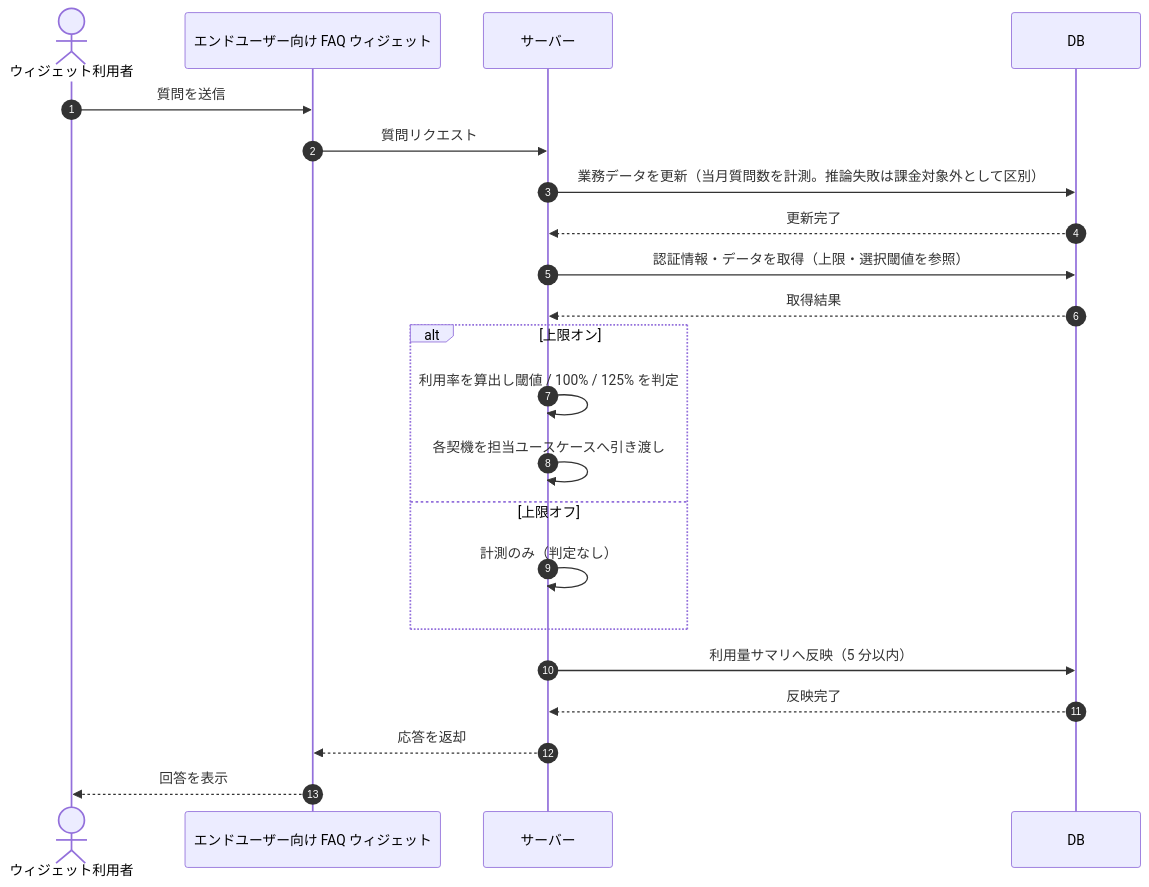
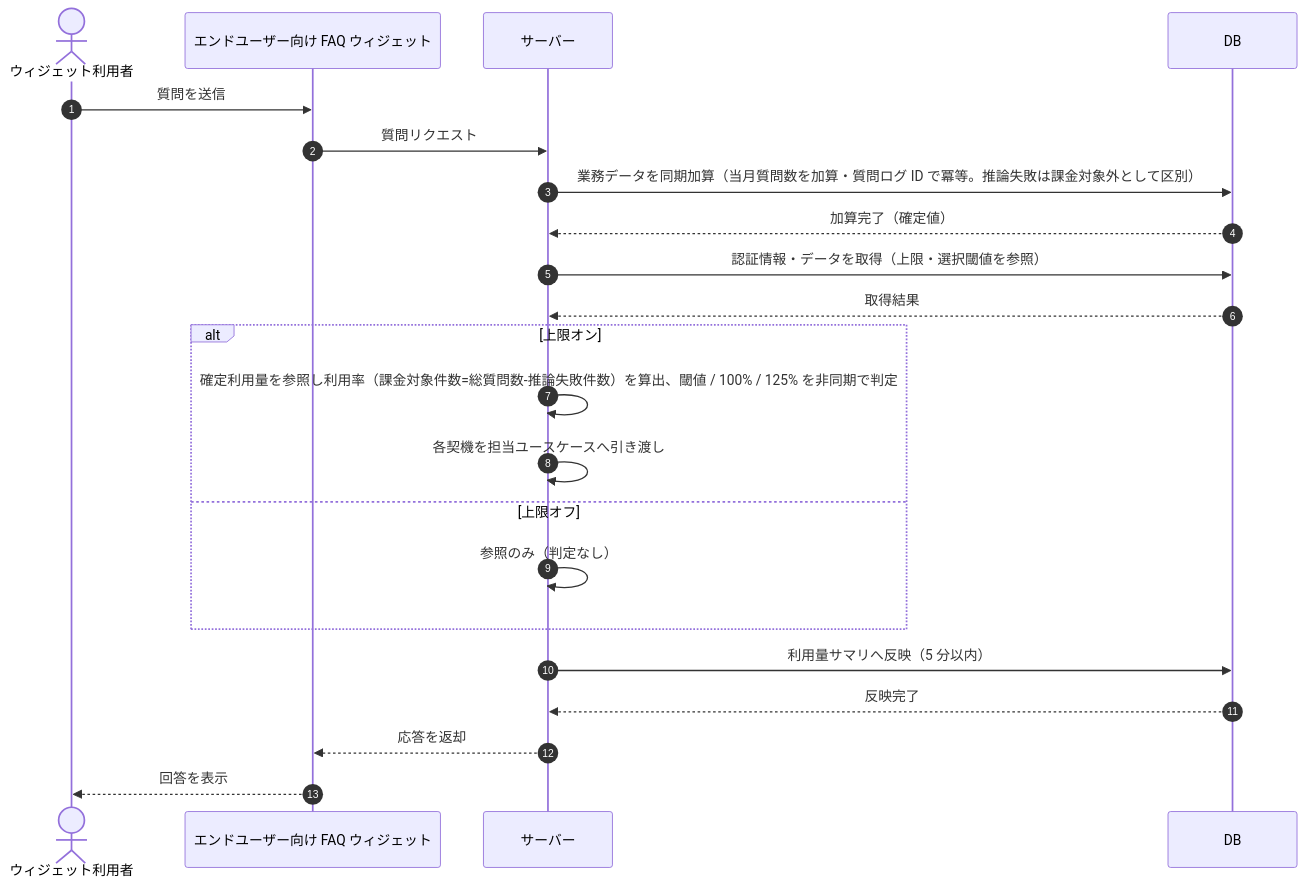
One commit to sikakou54/open-faq changed the diagram in 02_basic_design/03_sequences/SEQ-096.md. Above: the diagram before and after it, drawn with Mermaid. The commit also changed other lines of this file and 29 other files, not shown here.

````diff
--- a/02_basic_design/03_sequences/SEQ-096.md
+++ b/02_basic_design/03_sequences/SEQ-096.md
@@ -15,24 +15,24 @@
 ```mermaid
 sequenceDiagram
   autonumber
   actor U as ウィジェット利用者
   participant Screen as エンドユーザー向け FAQ ウィジェット
   participant Server as サーバー
   participant DB as DB
   U->>Screen: 質問を送信
   Screen->>Server: 質問リクエスト
-  Server->>DB: 業務データを更新（当月質問数を計測。推論失敗は課金対象外として区別）
-  DB-->>Server: 更新完了
+  Server->>DB: 業務データを同期加算（当月質問数を加算・質問ログ ID で冪等。推論失敗は課金対象外として区別）
+  DB-->>Server: 加算完了（確定値）
   Server->>DB: 認証情報・データを取得（上限・選択閾値を参照）
   DB-->>Server: 取得結果
   alt 上限オン
-    Server->>Server: 利用率を算出し閾値 / 100% / 125% を判定
+    Server->>Server: 確定利用量を参照し利用率（課金対象件数=総質問数-推論失敗件数）を算出、閾値 / 100% / 125% を非同期で判定
     Server->>Server: 各契機を担当ユースケースへ引き渡し
   else 上限オフ
-    Server->>Server: 計測のみ（判定なし）
+    Server->>Server: 参照のみ（判定なし）
   end
   Server->>DB: 利用量サマリへ反映（5 分以内）
   DB-->>Server: 反映完了
   Server-->>Screen: 応答を返却
   Screen-->>U: 回答を表示
 ```
````
